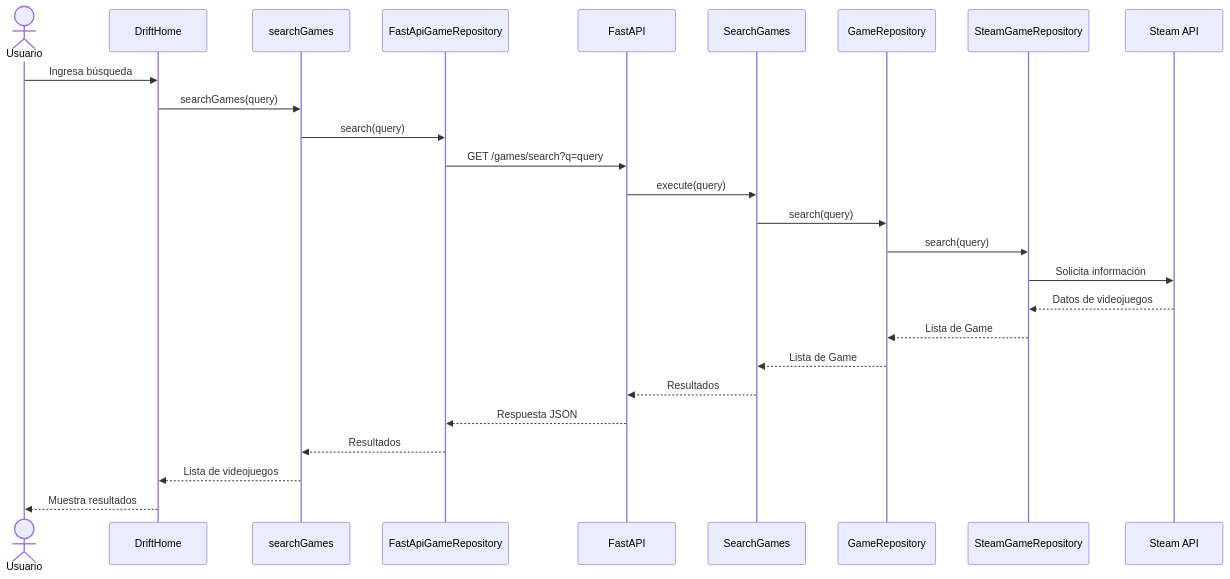
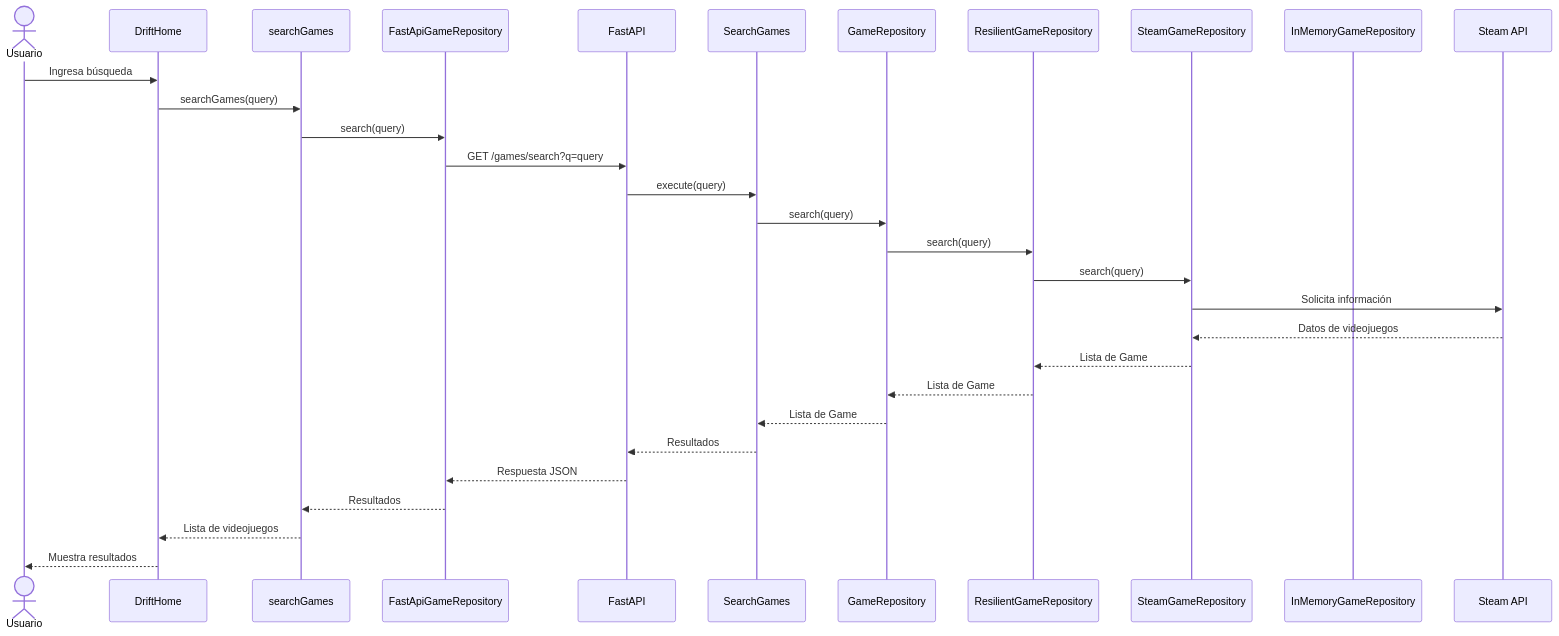
Before and after one commit to ISCOUTB/AS_202620_Drift: the second of 2 diagrams in docs/arc42/arc42_8_conceptos_transversales.md, drawn with Mermaid. The commit also changed other lines of this file, not shown here.

First line of the commit message:
Revise transversal concepts in DRIFT architecture

````diff
--- a/docs/arc42/arc42_8_conceptos_transversales.md
+++ b/docs/arc42/arc42_8_conceptos_transversales.md
@@ -82,29 +182,33 @@
 ```mermaid
-sequenceDiagram
-    actor Usuario
-    participant UI as DriftHome
-    participant UseCase as searchGames
-    participant HTTP as FastApiGameRepository
-    participant API as FastAPI
-    participant Search as SearchGames
-    participant Repo as GameRepository
-    participant Steam as SteamGameRepository
-    participant External as Steam API
+sequenceDiagram  
+actor Usuario  
+participant UI as DriftHome  
+participant UseCase as searchGames  
+participant HTTP as FastApiGameRepository  
+participant API as FastAPI  
+participant Search as SearchGames  
+participant Repo as GameRepository  
+participant Resilient as ResilientGameRepository  
+participant Steam as SteamGameRepository  
+participant Backup as InMemoryGameRepository  
+participant External as Steam API  
 
-    Usuario->>UI: Ingresa búsqueda
-    UI->>UseCase: searchGames(query)
-    UseCase->>HTTP: search(query)
-    HTTP->>API: GET /games/search?q=query
-    API->>Search: execute(query)
-    Search->>Repo: search(query)
-    Repo->>Steam: search(query)
-    Steam->>External: Solicita información
-    External-->>Steam: Datos de videojuegos
-    Steam-->>Repo: Lista de Game
-    Repo-->>Search: Lista de Game
-    Search-->>API: Resultados
-    API-->>HTTP: Respuesta JSON
-    HTTP-->>UseCase: Resultados
-    UseCase-->>UI: Lista de videojuegos
-    UI-->>Usuario: Muestra resultados
+Usuario->>UI: Ingresa búsqueda  
+UI->>UseCase: searchGames(query)  
+UseCase->>HTTP: search(query)  
+HTTP->>API: GET /games/search?q=query  
+API->>Search: execute(query)  
+Search->>Repo: search(query)  
+Repo->>Resilient: search(query)  
+Resilient->>Steam: search(query)  
+Steam->>External: Solicita información  
+External-->>Steam: Datos de videojuegos  
+Steam-->>Resilient: Lista de Game  
+Resilient-->>Repo: Lista de Game  
+Repo-->>Search: Lista de Game  
+Search-->>API: Resultados  
+API-->>HTTP: Respuesta JSON  
+HTTP-->>UseCase: Resultados  
+UseCase-->>UI: Lista de videojuegos  
+UI-->>Usuario: Muestra resultados
 ```
````
